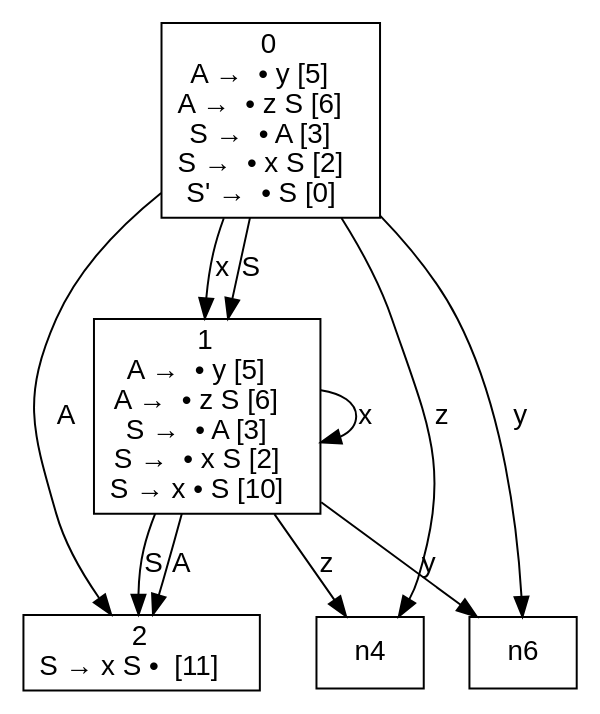
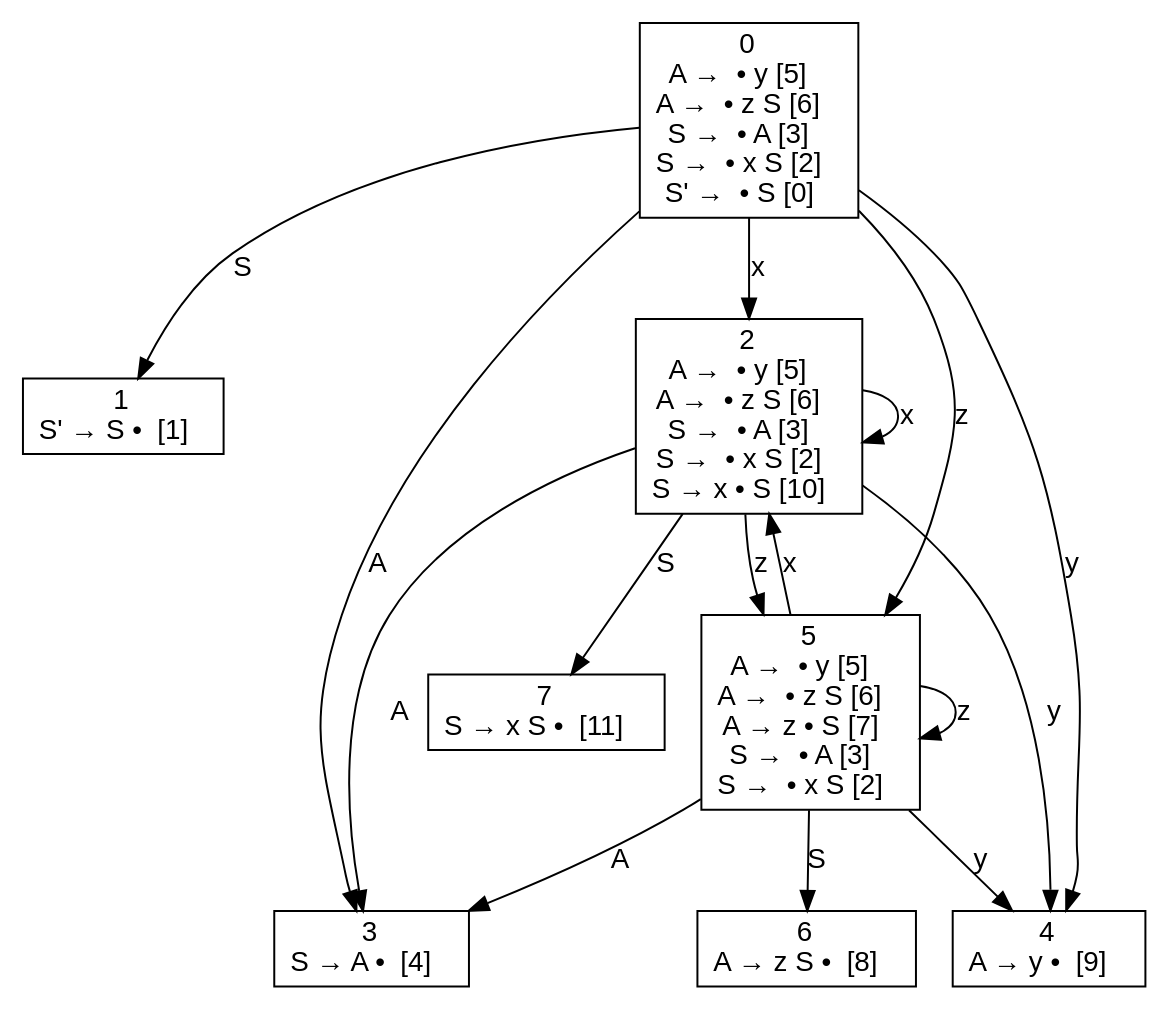
One commit to dragonsarebest/Compiler changed the diagram in PleaseWork/PleaseWork/g4.txt.dfa.dot. Above: the diagram before and after it, drawn with Graphviz. The commit also changed 12 other files, not shown here.

```diff
--- a/PleaseWork/PleaseWork/g4.txt.dfa.dot
+++ b/PleaseWork/PleaseWork/g4.txt.dfa.dot
@@ -1,17 +1,27 @@
 digraph d{
 node [fontname=Helvetica,shape=box];
 edge [fontname=Helvetica];
 n0 [label=<0<br />A →  • y [5]<br />A →  • z S [6]<br />S →  • A [3]<br />S →  • x S [2]<br />S' →  • S [0]>];
-n1 [label=<1<br />A →  • y [5]<br />A →  • z S [6]<br />S →  • A [3]<br />S →  • x S [2]<br />S → x • S [10]>];
-n2 [label=<2<br />S → x S •  [11]>];
+n1 [label=<1<br />S' → S •  [1]>];
+n2 [label=<2<br />A →  • y [5]<br />A →  • z S [6]<br />S →  • A [3]<br />S →  • x S [2]<br />S → x • S [10]>];
+n3 [label=<3<br />S → A •  [4]>];
+n4 [label=<4<br />A → y •  [9]>];
+n5 [label=<5<br />A →  • y [5]<br />A →  • z S [6]<br />A → z • S [7]<br />S →  • A [3]<br />S →  • x S [2]>];
+n6 [label=<6<br />A → z S •  [8]>];
+n7 [label=<7<br />S → x S •  [11]>];
 n0 -> n1 [label="S"];
-n0 -> n1 [label="x"];
-n0 -> n2 [label="A"];
-n0 -> n6 [label="y"];
-n0 -> n4 [label="z"];
-n1 -> n2 [label="S"];
-n1 -> n1 [label="x"];
-n1 -> n2 [label="A"];
-n1 -> n6 [label="y"];
-n1 -> n4 [label="z"];
+n0 -> n2 [label="x"];
+n0 -> n3 [label="A"];
+n0 -> n4 [label="y"];
+n0 -> n5 [label="z"];
+n2 -> n7 [label="S"];
+n2 -> n2 [label="x"];
+n2 -> n3 [label="A"];
+n2 -> n4 [label="y"];
+n2 -> n5 [label="z"];
+n5 -> n6 [label="S"];
+n5 -> n2 [label="x"];
+n5 -> n3 [label="A"];
+n5 -> n4 [label="y"];
+n5 -> n5 [label="z"];
 }
```
